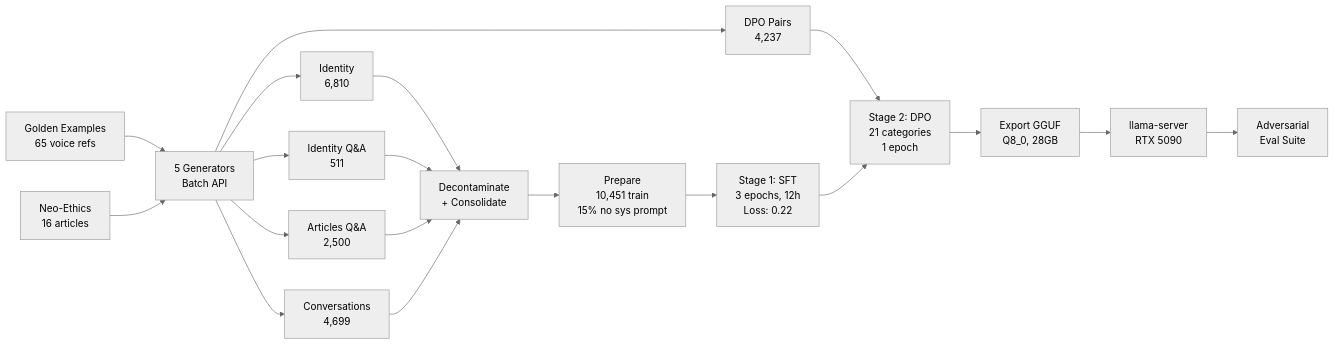
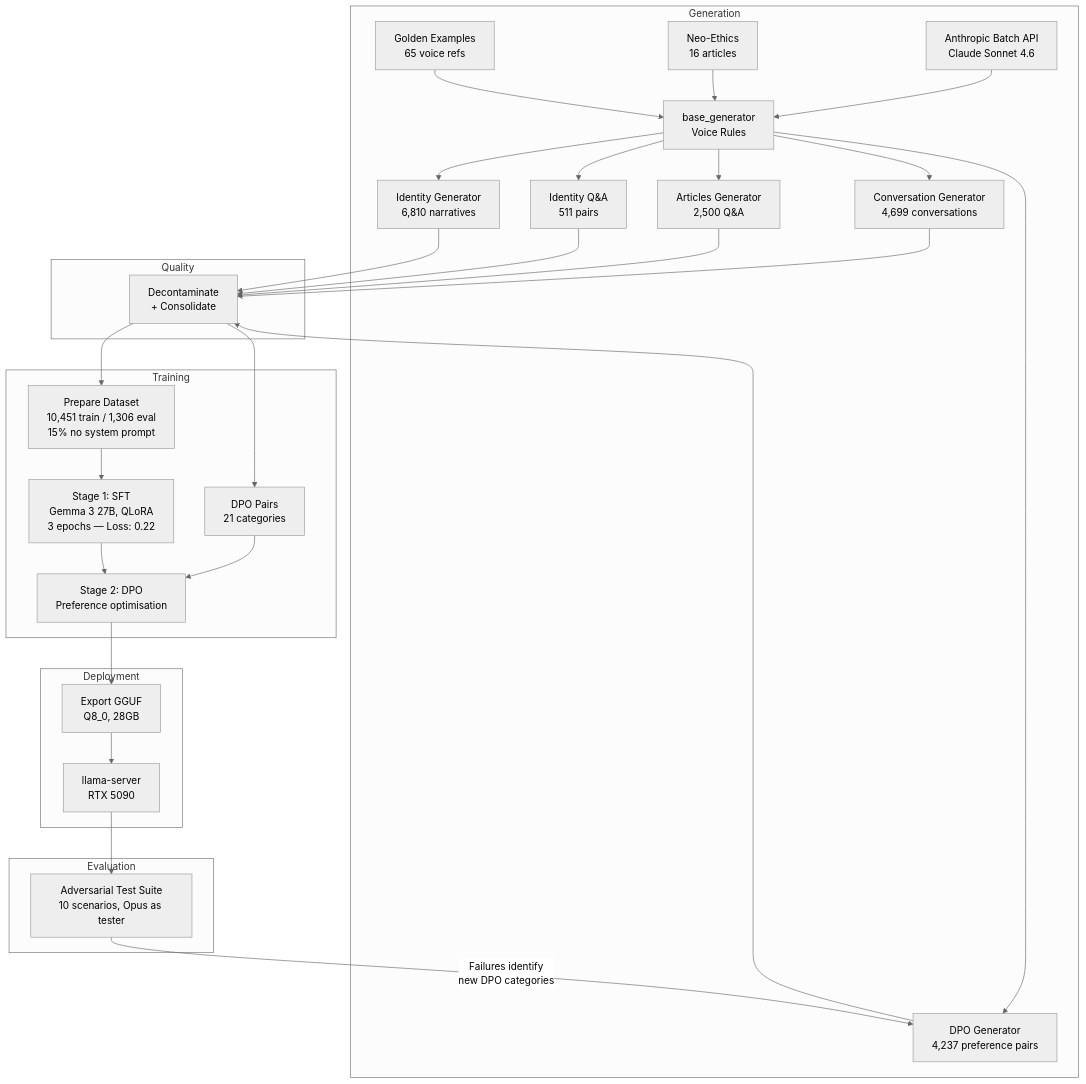
One commit to peterzervas/neo-logos-training changed the second of 2 diagrams in README.md. Above: the diagram before and after it, drawn with Mermaid (neutral theme).

Commit message:
Fix pipeline diagram: correct data flow, add feedback loop
- DPO pairs now flow through consolidation (was skipping it)
- Added Anthropic Batch API as data source
- Added base_generator as voice rules hub
- Added feedback loop: eval failures → new DPO categories
- Grouped into subgraphs: Generation, Quality, Training, Deployment, Evaluation
- Switched to top-down layout for better readability

````diff
--- a/README.md
+++ b/README.md
@@ -193,21 +193,39 @@
 ```mermaid
-graph LR
-    A[Golden Examples<br/>65 voice refs] --> B[5 Generators<br/>Batch API]
-    C[Neo-Ethics<br/>16 articles] --> B
-    B --> D[Identity<br/>6,810]
-    B --> E[Identity Q&A<br/>511]
-    B --> F[Articles Q&A<br/>2,500]
-    B --> G[Conversations<br/>4,699]
-    B --> H[DPO Pairs<br/>4,237]
-    D --> I[Decontaminate<br/>+ Consolidate]
-    E --> I
-    F --> I
-    G --> I
-    I --> J[Prepare<br/>10,451 train<br/>15% no sys prompt]
-    J --> K[Stage 1: SFT<br/>3 epochs, 12h<br/>Loss: 0.22]
-    H --> L[Stage 2: DPO<br/>21 categories<br/>1 epoch]
-    K --> L
-    L --> M[Export GGUF<br/>Q8_0, 28GB]
-    M --> N[llama-server<br/>RTX 5090]
-    N --> O[Adversarial<br/>Eval Suite]
+graph TD
+    subgraph Generation
+        A[Golden Examples<br/>65 voice refs] --> B[base_generator<br/>Voice Rules]
+        C[Neo-Ethics<br/>16 articles] --> B
+        D[Anthropic Batch API<br/>Claude Sonnet 4.6] --> B
+        B --> E[Identity Generator<br/>6,810 narratives]
+        B --> F[Identity Q&A<br/>511 pairs]
+        B --> G[Articles Generator<br/>2,500 Q&A]
+        B --> H[Conversation Generator<br/>4,699 conversations]
+        B --> I[DPO Generator<br/>4,237 preference pairs]
+    end
+
+    subgraph Quality
+        E --> J[Decontaminate<br/>+ Consolidate]
+        F --> J
+        G --> J
+        H --> J
+        I --> J
+    end
+
+    subgraph Training
+        J --> K[Prepare Dataset<br/>10,451 train / 1,306 eval<br/>15% no system prompt]
+        K --> L[Stage 1: SFT<br/>Gemma 3 27B, QLoRA<br/>3 epochs — Loss: 0.22]
+        J --> M[DPO Pairs<br/>21 categories]
+        L --> N[Stage 2: DPO<br/>Preference optimisation]
+        M --> N
+    end
+
+    subgraph Deployment
+        N --> O[Export GGUF<br/>Q8_0, 28GB]
+        O --> P[llama-server<br/>RTX 5090]
+    end
+
+    subgraph Evaluation
+        P --> Q[Adversarial Test Suite<br/>10 scenarios, Opus as tester]
+        Q -->|Failures identify<br/>new DPO categories| I
+    end
 ```
````
